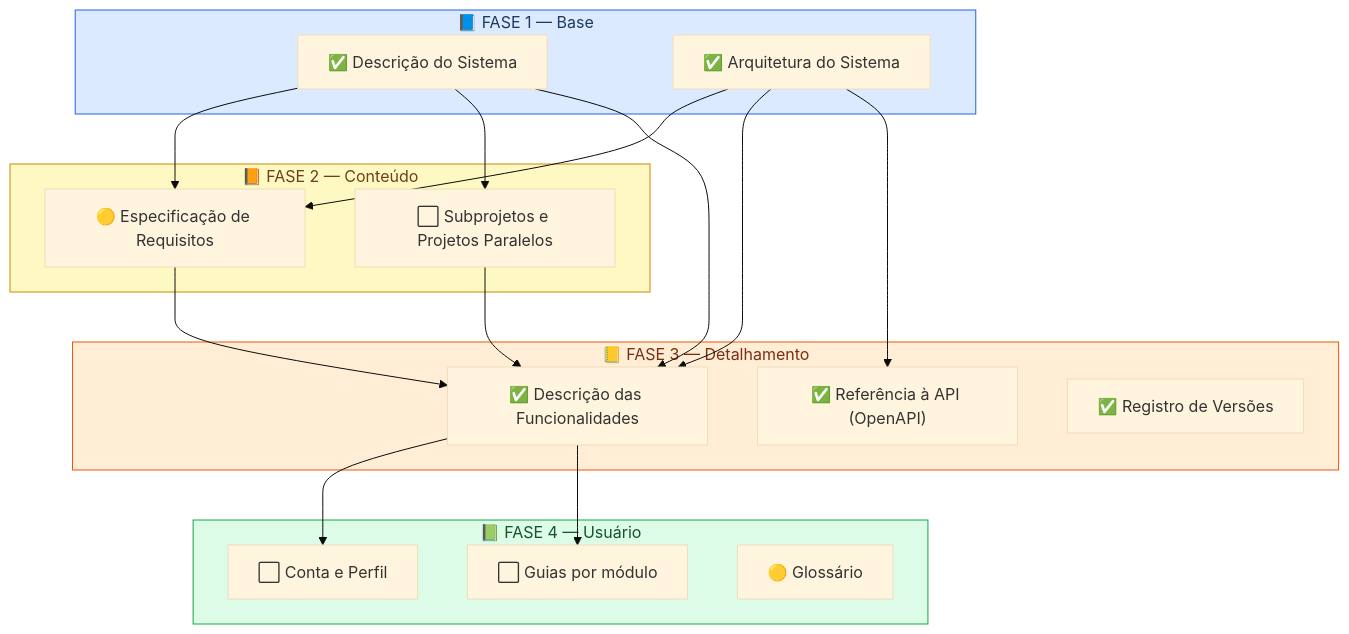
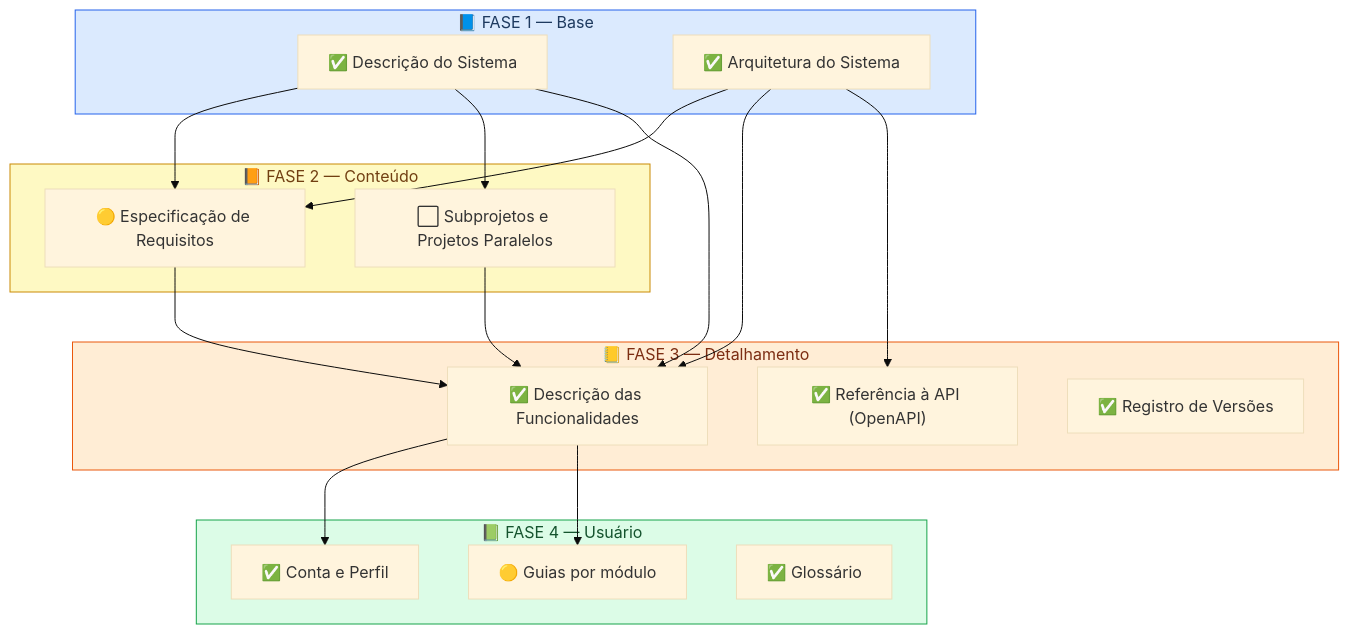
Before and after one commit to ifvest-project/ifvest-docs: the diagram in docs/planejamento.md, drawn with Mermaid (base theme). The commit also changed other lines of this file and 15 other files, not shown here.

````diff
--- a/docs/planejamento.md
+++ b/docs/planejamento.md
@@ -54,40 +54,40 @@
 ```mermaid
 flowchart TD
     subgraph F1["📘 FASE 1 — Base"]
         A["✅ Descrição do Sistema"]
         B["✅ Arquitetura do Sistema"]
     end
 
     subgraph F2["📙 FASE 2 — Conteúdo"]
         C["🟡 Especificação de Requisitos"]
         D["⬜ Subprojetos e Projetos Paralelos"]
     end
 
     subgraph F3["📒 FASE 3 — Detalhamento"]
         E["✅ Descrição das Funcionalidades"]
         F["✅ Referência à API (OpenAPI)"]
         G["✅ Registro de Versões"]
     end
 
     subgraph F4["📗 FASE 4 — Usuário"]
-        J["⬜ Conta e Perfil"]
-        I["⬜ Guias por módulo"]
-        L["🟡 Glossário"]
+        J["✅ Conta e Perfil"]
+        I["🟡 Guias por módulo"]
+        L["✅ Glossário"]
     end
 
     A --> C
     A --> D
     A --> E
     B --> C
     B --> E
     B --> F
     C --> E
     D --> E
     E --> J
     E --> I
 
     style F1 fill:#dbeafe,stroke:#2563eb,color:#1e3a5f
     style F2 fill:#fef9c3,stroke:#ca8a04,color:#713f12
     style F3 fill:#ffedd5,stroke:#ea580c,color:#7c2d12
     style F4 fill:#dcfce7,stroke:#16a34a,color:#14532d
 ```
````
